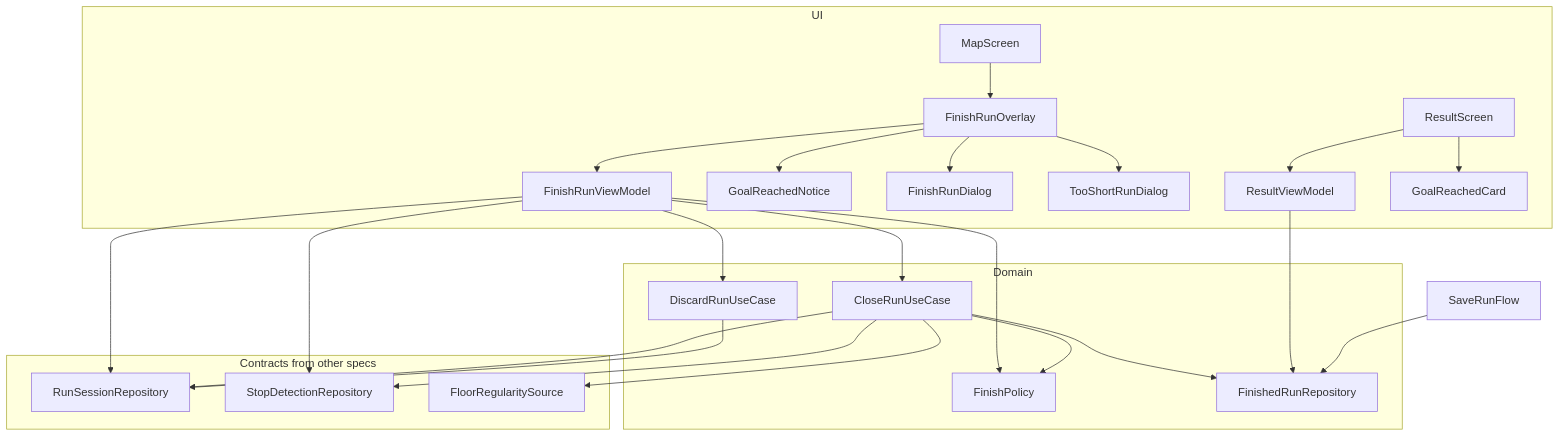
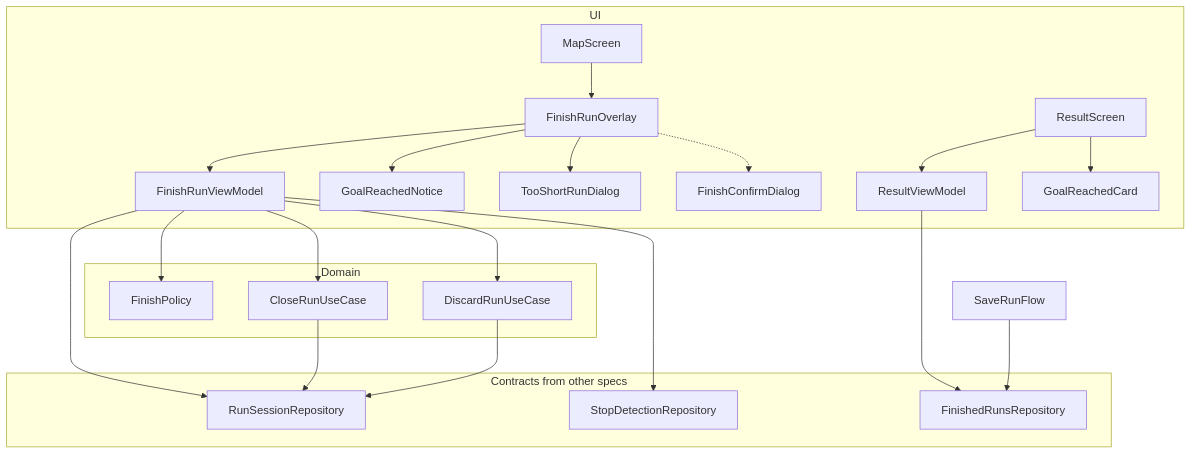
Before and after one commit to unlam-tec-movil/A3-2026-H2-E2: the first of 3 diagrams in .kiro/specs/finish-run-result/design.md, drawn with Mermaid. The commit also changed other lines of this file, not shown here.

Commit message:
docs: ajuste de diseño de finish-run-result según Persona 3

````diff
--- a/.kiro/specs/finish-run-result/design.md
+++ b/.kiro/specs/finish-run-result/design.md
@@ -97,32 +108,29 @@
 ```mermaid
 graph TB
     subgraph UI
         MapScreen --> FinishRunOverlay
         FinishRunOverlay --> FinishRunViewModel
         FinishRunOverlay --> GoalReachedNotice
-        FinishRunOverlay --> FinishRunDialog
         FinishRunOverlay --> TooShortRunDialog
+        FinishRunOverlay -.-> FinishConfirmDialog
         ResultScreen --> ResultViewModel
         ResultScreen --> GoalReachedCard
     end
     subgraph Domain
         FinishRunViewModel --> FinishPolicy
         FinishRunViewModel --> CloseRunUseCase
         FinishRunViewModel --> DiscardRunUseCase
-        CloseRunUseCase --> FinishPolicy
-        CloseRunUseCase --> FinishedRunRepository
-        ResultViewModel --> FinishedRunRepository
     end
     subgraph Contracts from other specs
         RunSessionRepository
         StopDetectionRepository
-        FloorRegularitySource
+        FinishedRunsRepository
+        FinishConfirmDialog
     end
     FinishRunViewModel --> RunSessionRepository
     FinishRunViewModel --> StopDetectionRepository
     CloseRunUseCase --> RunSessionRepository
-    CloseRunUseCase --> StopDetectionRepository
-    CloseRunUseCase --> FloorRegularitySource
     DiscardRunUseCase --> RunSessionRepository
-    SaveRunFlow --> FinishedRunRepository
+    ResultViewModel --> FinishedRunsRepository
+    SaveRunFlow --> FinishedRunsRepository
 ```
````
